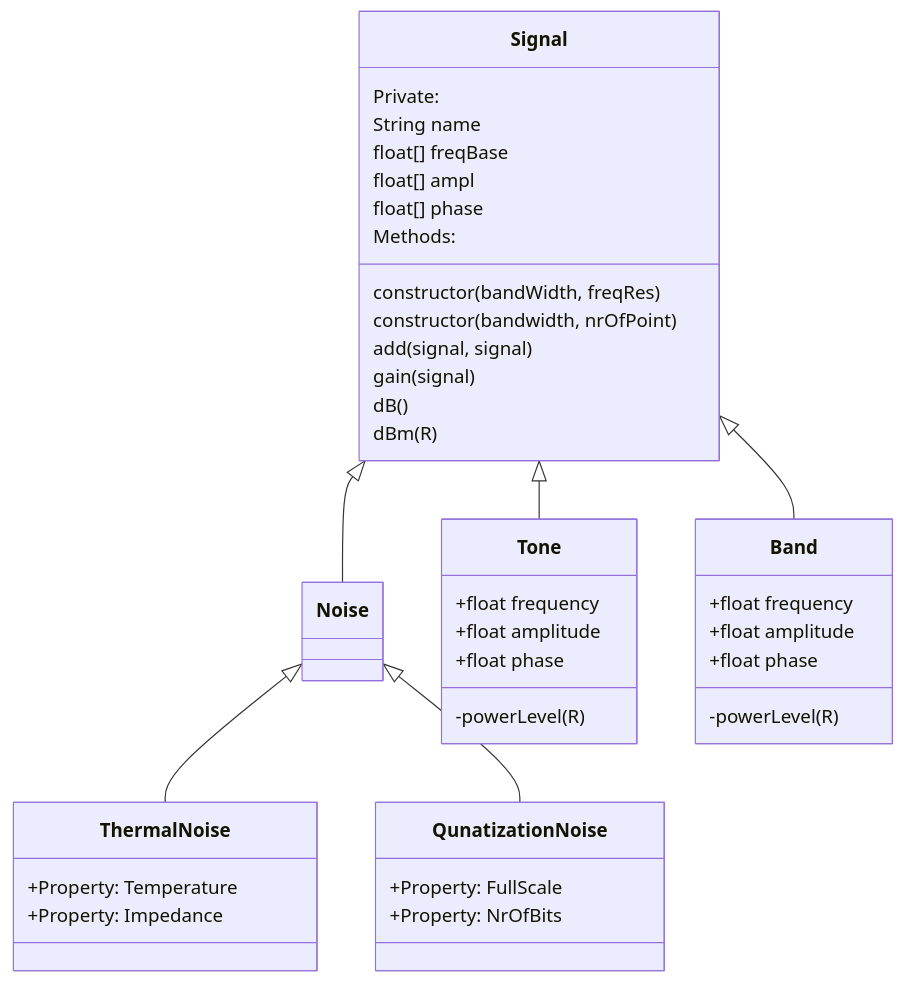
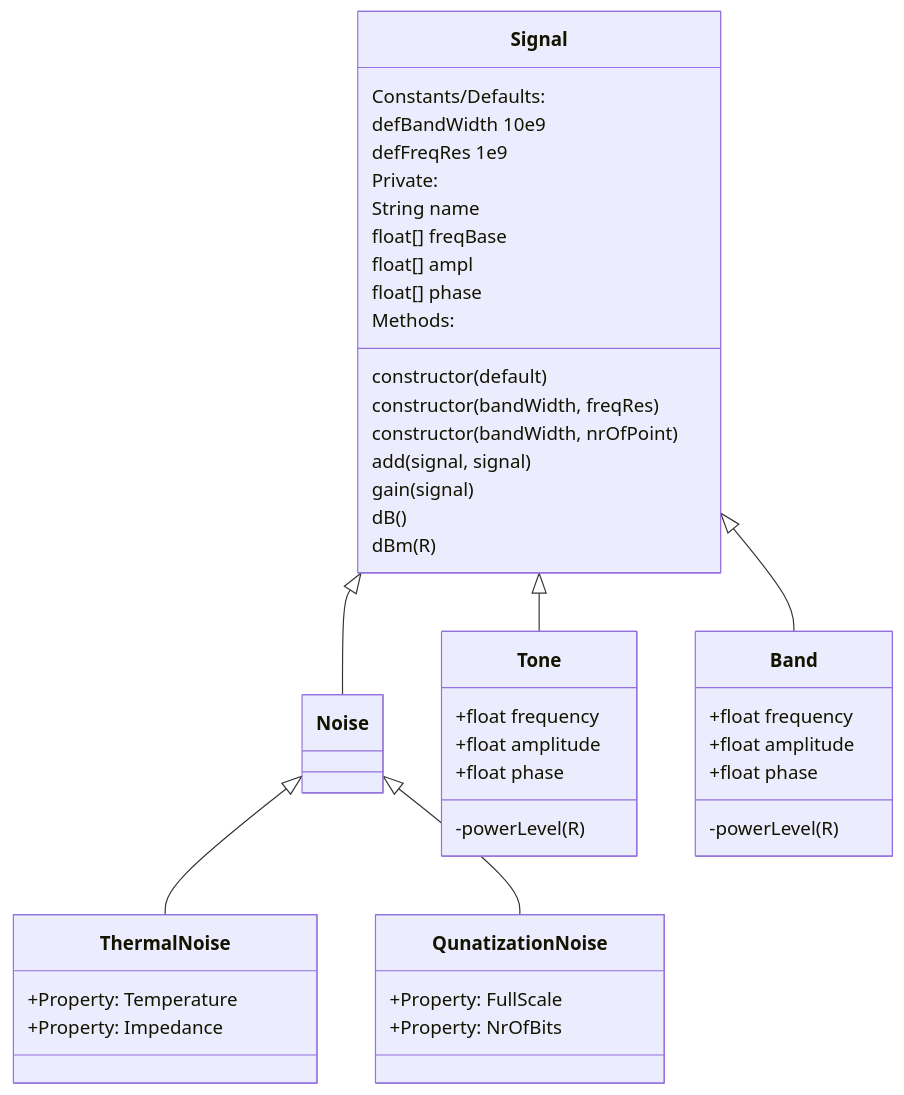
One commit to botondkirei/AmoRF changed the diagram in trunk/AmoRF.md. Above: the diagram before and after it, drawn with Mermaid.

````diff
--- a/trunk/AmoRF.md
+++ b/trunk/AmoRF.md
@@ -1,45 +1,49 @@
 ```mermaid
 classDiagram
     Signal <|-- Noise
     Signal <|-- Tone
     Signal <|-- Band
     Noise <|-- ThermalNoise
     Noise <|-- QunatizationNoise
     class Signal {
+        Constants/Defaults:
+            defBandWidth 10e9
+            defFreqRes 1e9
         Private:
             String name
             float[] freqBase
             float[] ampl
             float[] phase
         Methods:
+            constructor(default)
             constructor(bandWidth, freqRes)
-            constructor(bandwidth, nrOfPoint)
+            constructor(bandWidth, nrOfPoint)
             add(signal, signal)
             gain(signal)
             dB()
             dBm(R)
     }
     class Noise{
 
     }
     class Tone{
       +float frequency
       +float amplitude
       +float phase
       -powerLevel(R)
     }
     class Band{
       +float frequency
       +float amplitude
       +float phase
       -powerLevel(R)
     }
     class ThermalNoise {
     +Property: Temperature
     +Property: Impedance
     }
     class QunatizationNoise {
     +Property: FullScale
     +Property: NrOfBits
     }     
 ```
````
